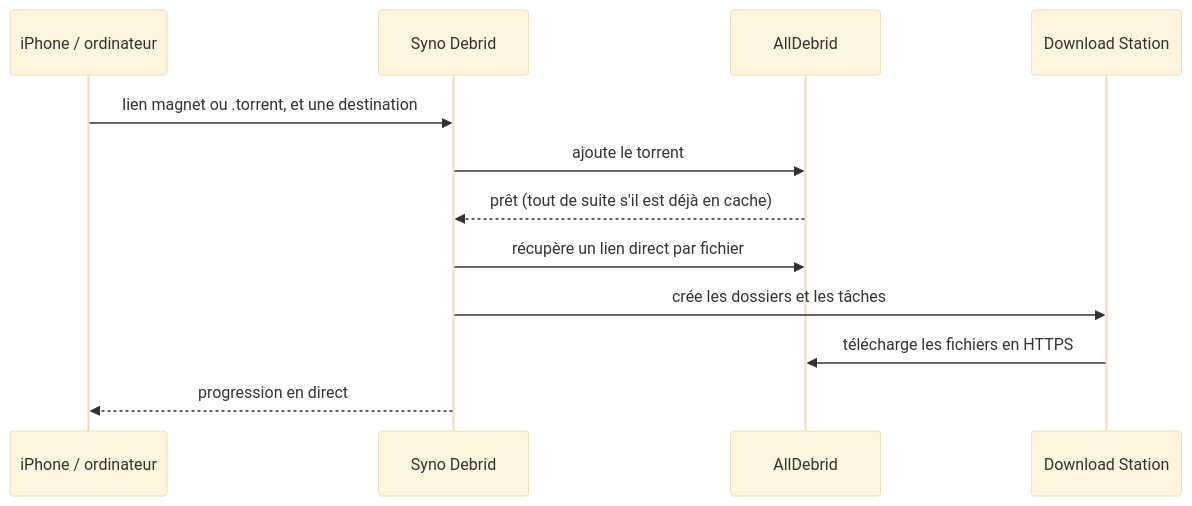
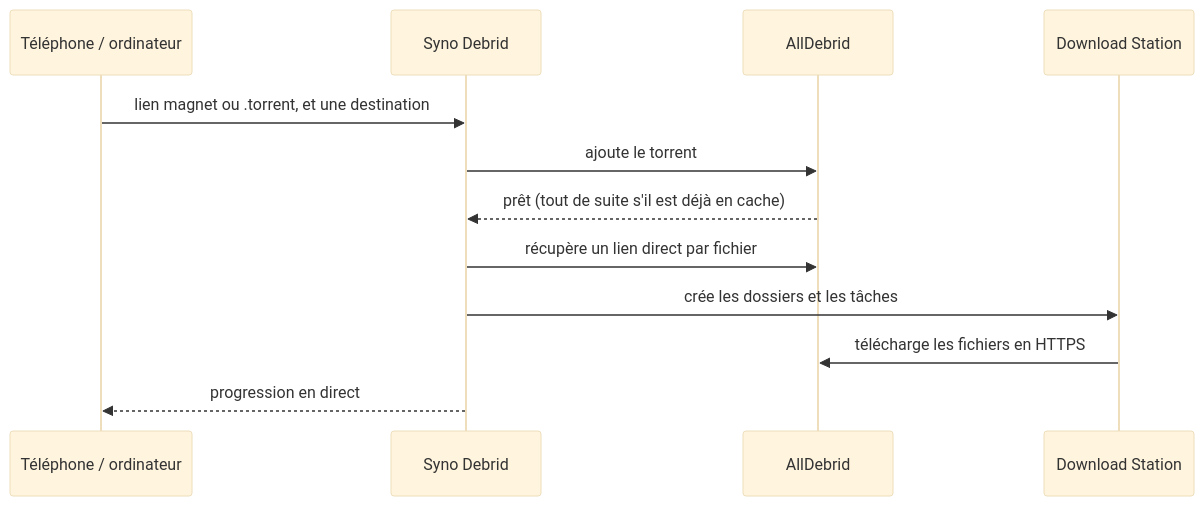
One commit to piitaya/syno-debrid changed the diagram in README.fr.md. Above: the diagram before and after it, drawn with Mermaid (base theme). The commit also changed other lines of this file and 1 other file, not shown here.

First line of the commit message:
READMEs: a web app for iPhone and Android

````diff
--- a/README.fr.md
+++ b/README.fr.md
@@ -63,14 +63,14 @@
 ```mermaid
 sequenceDiagram
-    participant Vous as iPhone / ordinateur
+    participant Vous as Téléphone / ordinateur
     participant App as Syno Debrid
     participant Debrid as AllDebrid
     participant DS as Download Station
     Vous->>App: lien magnet ou .torrent, et une destination
     App->>Debrid: ajoute le torrent
     Debrid-->>App: prêt (tout de suite s'il est déjà en cache)
     App->>Debrid: récupère un lien direct par fichier
     App->>DS: crée les dossiers et les tâches
     DS->>Debrid: télécharge les fichiers en HTTPS
     App-->>Vous: progression en direct
 ```
````
